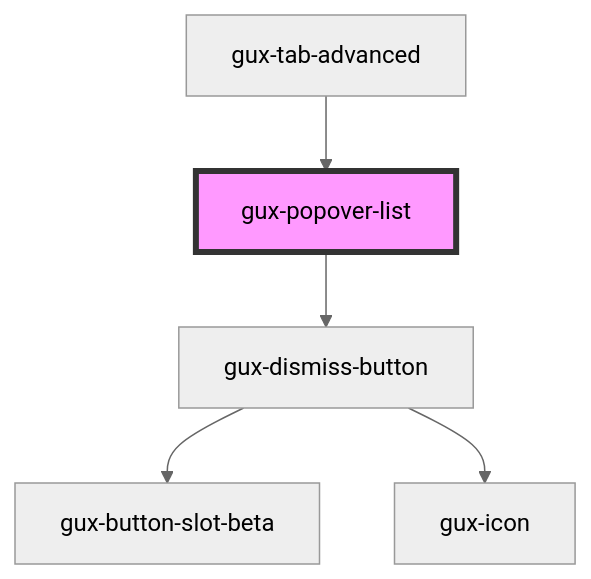
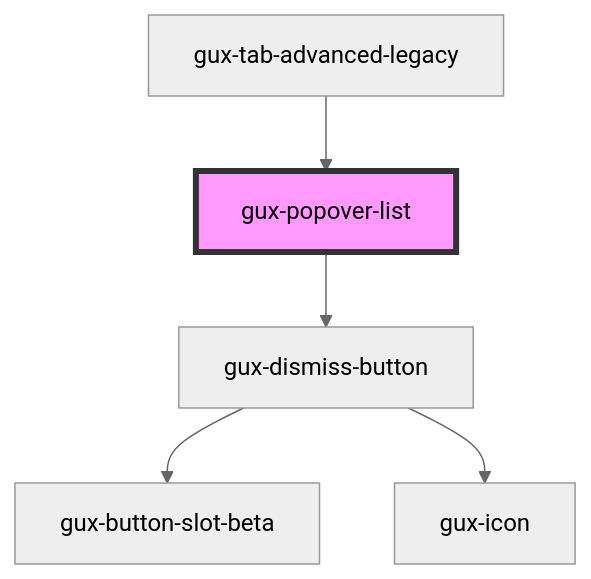
One commit to Pragadeeeshr/genesys-spark changed the diagram in packages/genesys-spark-components/src/components/stable/gux-popover-list/readme.md. Above: the diagram before and after it, drawn with Mermaid (neutral theme). The commit also changed other lines of this file and 38 other files, not shown here.

Commit message:
feat(gux-tabs-advanced): shadow dom gux-tabs-advanced component

````diff
--- a/packages/genesys-spark-components/src/components/stable/gux-popover-list/readme.md
+++ b/packages/genesys-spark-components/src/components/stable/gux-popover-list/readme.md
@@ -42,8 +42,8 @@
 ```mermaid
 graph TD;
   gux-popover-list --> gux-dismiss-button
   gux-dismiss-button --> gux-button-slot-beta
   gux-dismiss-button --> gux-icon
-  gux-tab-advanced --> gux-popover-list
+  gux-tab-advanced-legacy --> gux-popover-list
   style gux-popover-list fill:#f9f,stroke:#333,stroke-width:4px
 ```
````
